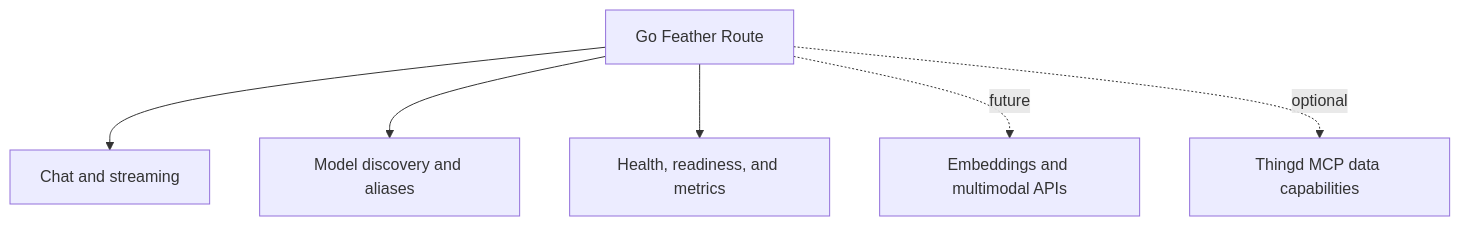
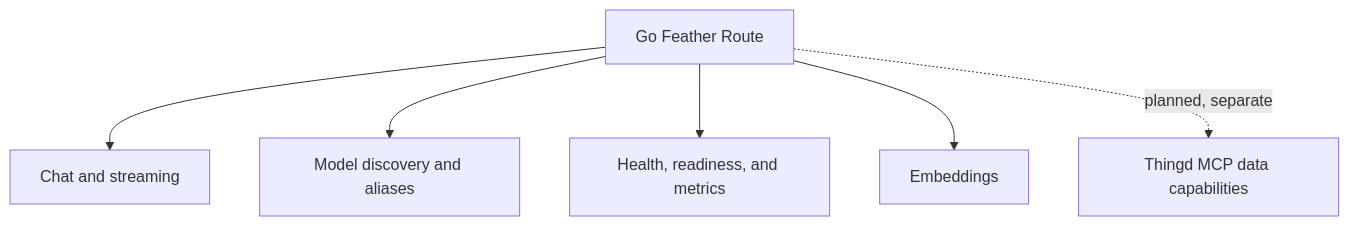
The second of 2 diagrams in docs/index.md (sayanmohsin/go-feather-route), drawn with Mermaid before and after one commit. The commit also changed other lines of this file and 29 other files, not shown here.

````diff
--- a/docs/index.md
+++ b/docs/index.md
@@ -94,9 +97,9 @@
 ```mermaid
 flowchart TB
     gateway[Go Feather Route]
     gateway --> chat[Chat and streaming]
     gateway --> models[Model discovery and aliases]
     gateway --> ops[Health, readiness, and metrics]
-    gateway -. future .-> embeddings[Embeddings and multimodal APIs]
-    gateway -. optional .-> thingd[Thingd MCP data capabilities]
+    gateway --> embeddings[Embeddings]
+    gateway -. planned, separate .-> thingd[Thingd MCP data capabilities]
 ```
````
